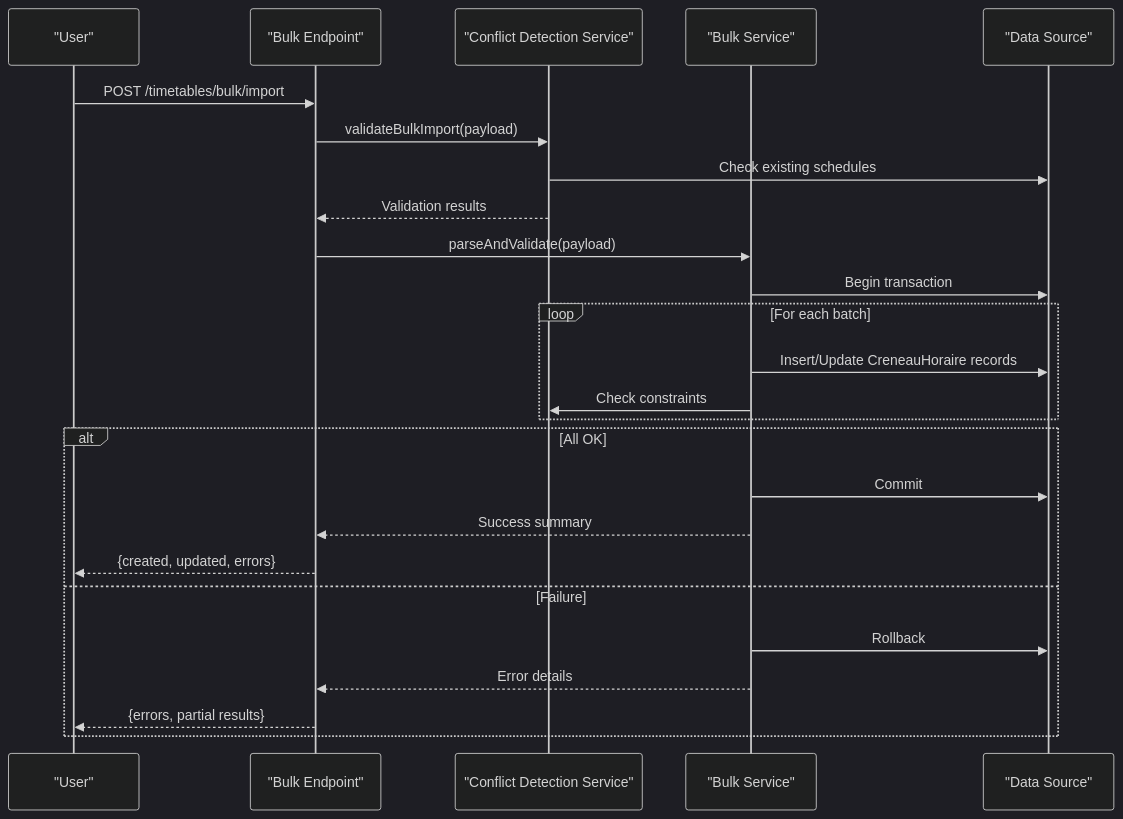
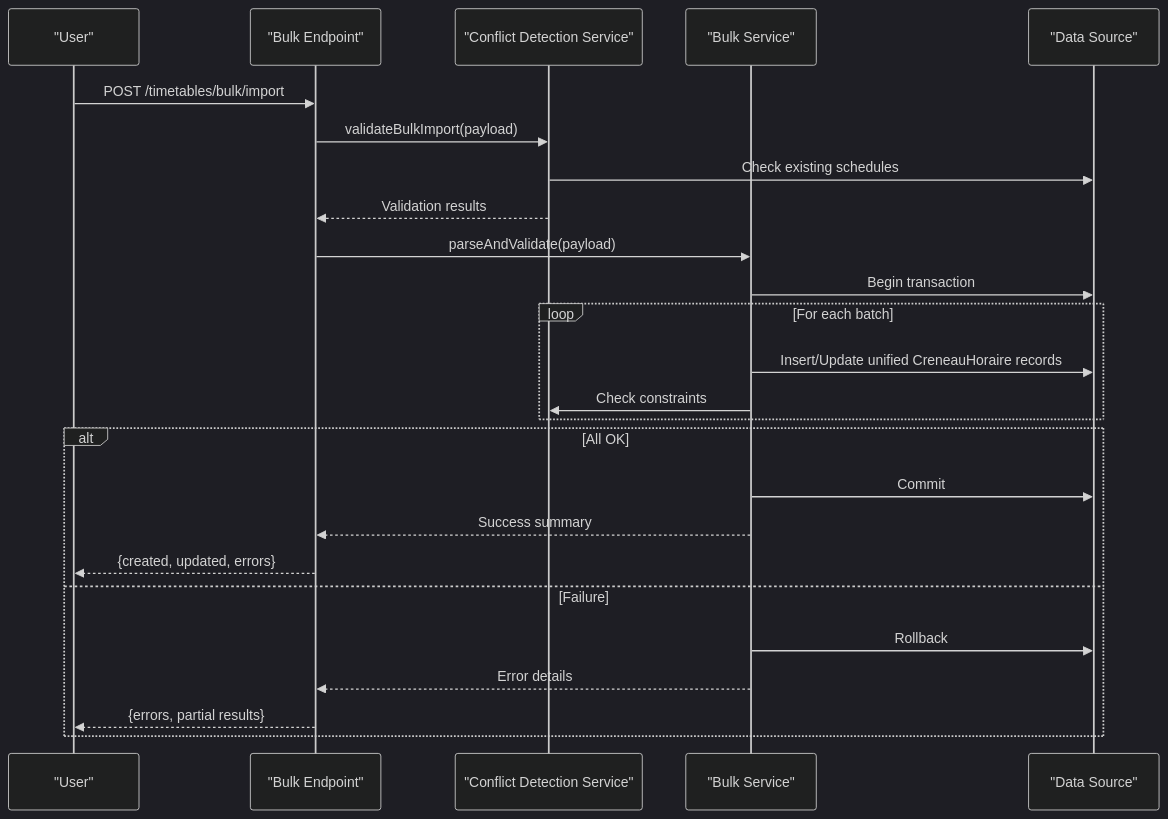
The ninth of 11 diagrams in .qoder/repowiki/en/content/Academic Management System/Class & Schedule Management/Timetable Creation & Scheduling.md (franckylab/eLISAschool), drawn with Mermaid (dark theme) before and after one commit. The commit also changed other lines of this file and 49 other files, not shown here.

First line of the commit message:
refactor(timetable): unifier CreneauHoraire pour simplifier la gestion des horaires

````diff
--- a/.qoder/repowiki/en/content/Academic Management System/Class & Schedule Management/Timetable Creation & Scheduling.md
+++ b/.qoder/repowiki/en/content/Academic Management System/Class & Schedule Management/Timetable Creation & Scheduling.md
@@ -576,27 +568,27 @@
 ```mermaid
 sequenceDiagram
 participant User as "User"
 participant API as "Bulk Endpoint"
 participant ConflictSvc as "Conflict Detection Service"
 participant Svc as "Bulk Service"
 participant DB as "Data Source"
 User->>API : POST /timetables/bulk/import
 API->>ConflictSvc : validateBulkImport(payload)
 ConflictSvc->>DB : Check existing schedules
 ConflictSvc-->>API : Validation results
 API->>Svc : parseAndValidate(payload)
 Svc->>DB : Begin transaction
 loop For each batch
-Svc->>DB : Insert/Update CreneauHoraire records
+Svc->>DB : Insert/Update unified CreneauHoraire records
 Svc->>ConflictSvc : Check constraints
 end
 alt All OK
 Svc->>DB : Commit
 Svc-->>API : Success summary
 API-->>User : {created, updated, errors}
 else Failure
 Svc->>DB : Rollback
 Svc-->>API : Error details
 API-->>User : {errors, partial results}
 end
 ```
````
